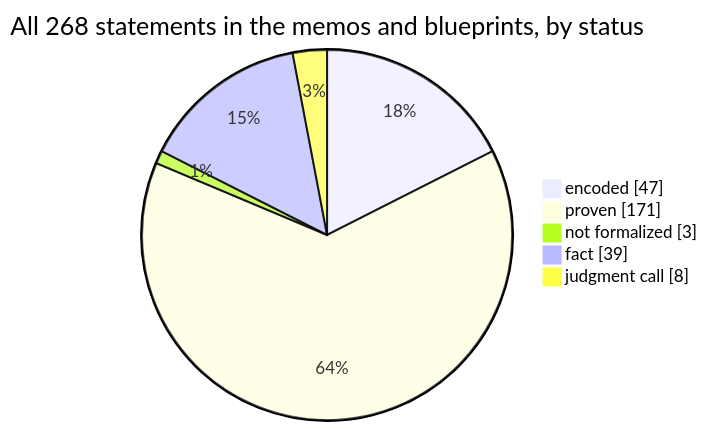
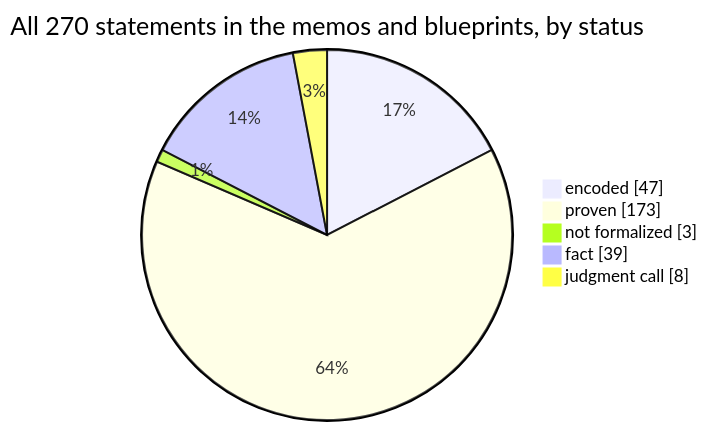
Before and after one commit to SeanWMurray/Canteen: the first of 4 diagrams in docs/graphs/dashboard.md, drawn with Mermaid. The commit also changed other lines of this file and 14 other files, not shown here.

````diff
--- a/docs/graphs/dashboard.md
+++ b/docs/graphs/dashboard.md
@@ -11,8 +11,8 @@
 ```mermaid
-pie showData title All 268 statements in the memos and blueprints, by status
+pie showData title All 270 statements in the memos and blueprints, by status
     "encoded" : 47
-    "proven" : 171
+    "proven" : 173
     "not formalized" : 3
     "fact" : 39
     "judgment call" : 8
 ```
````
